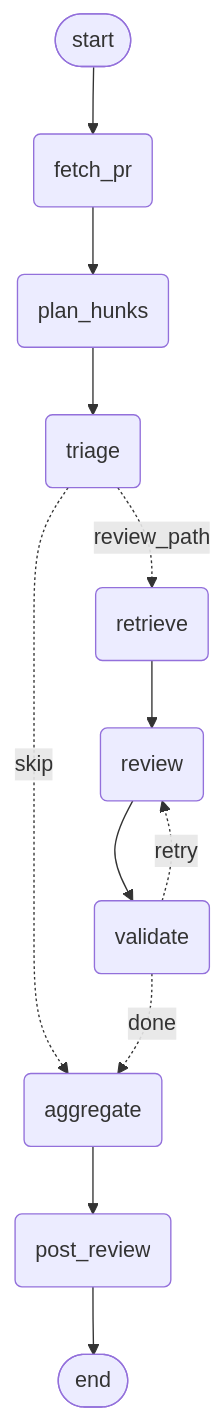
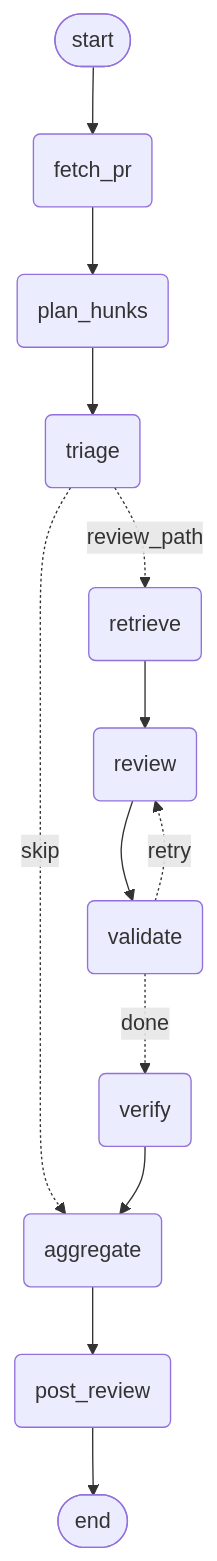
One commit to adhikaribibek231/pr-review-agent changed the diagram in docs/architecture.md. Above: the diagram before and after it, drawn with Mermaid. The commit also changed other lines of this file and 1 other file, not shown here.

````diff
--- a/docs/architecture.md
+++ b/docs/architecture.md
@@ -7,24 +7,26 @@
 ```mermaid
 graph TD;
 	__start__([start])
 	fetch_pr(fetch_pr)
 	plan_hunks(plan_hunks)
 	triage(triage)
 	retrieve(retrieve)
 	review(review)
 	validate(validate)
+	verify(verify)
 	aggregate(aggregate)
 	post_review(post_review)
 	__end__([end])
 	__start__ --> fetch_pr;
 	fetch_pr --> plan_hunks;
 	plan_hunks --> triage;
 	triage -. skip .-> aggregate;
 	triage -. review_path .-> retrieve;
 	retrieve --> review;
 	review --> validate;
 	validate -. retry .-> review;
-	validate -. done .-> aggregate;
+	validate -. done .-> verify;
+	verify --> aggregate;
 	aggregate --> post_review;
 	post_review --> __end__;
 ```
````
